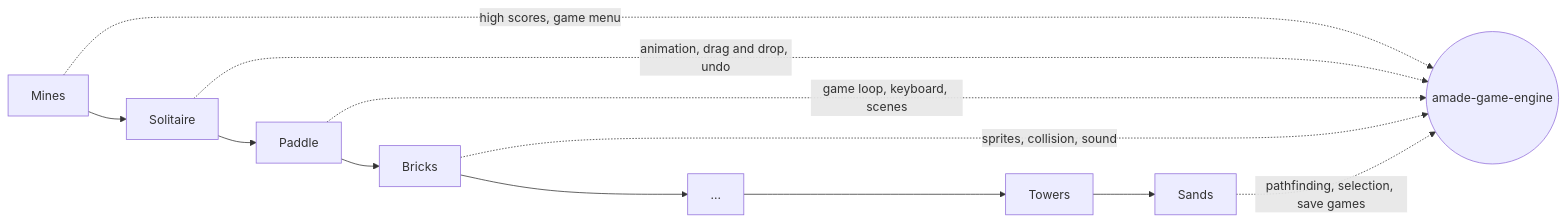
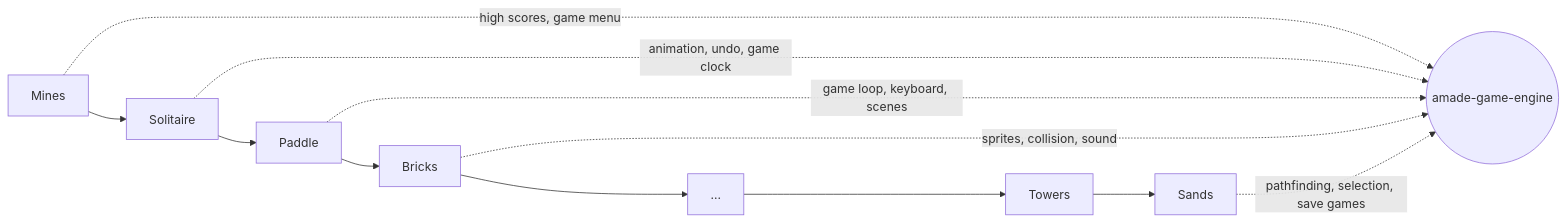
The diagram in docs/handbook/chapters/01-why-own-engine.md (amadeos-eu/amade-game-engine), drawn with Mermaid before and after one commit. The commit also changed 9 other files, not shown here.

````diff
--- a/docs/handbook/chapters/01-why-own-engine.md
+++ b/docs/handbook/chapters/01-why-own-engine.md
@@ -74,9 +74,9 @@
 ```mermaid
 flowchart LR
     A[Mines] --> B[Solitaire] --> C[Paddle] --> D[Bricks] --> E[…] --> F[Towers] --> G[Sands]
     A -. high scores, game menu .-> X((amade-game-engine))
-    B -. animation, drag and drop, undo .-> X
+    B -. animation, undo, game clock .-> X
     C -. game loop, keyboard, scenes .-> X
     D -. sprites, collision, sound .-> X
     G -. pathfinding, selection, save games .-> X
 ```
````
